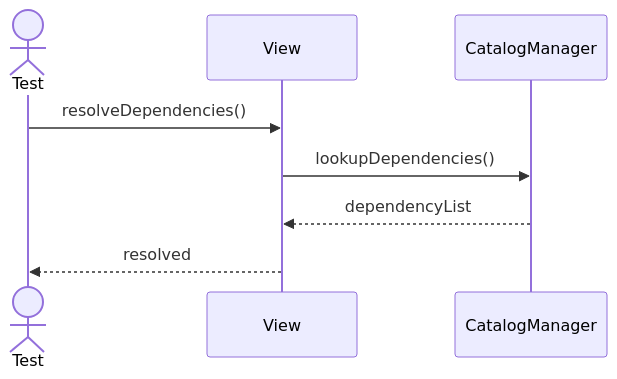
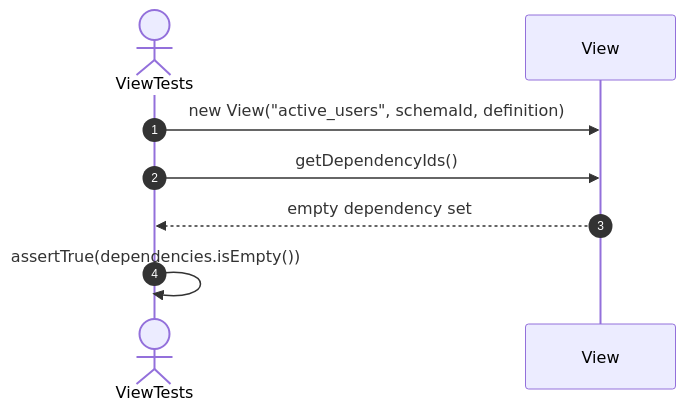
One commit to FhuAnn/-bbv-AN-s-DBMS changed the third of 21 diagrams in src/tests/unit/metadata/sequences/view-testing.se.md. Above: the diagram before and after it, drawn with Mermaid. The commit also changed other lines of this file and 60 other files, not shown here.

````diff
--- a/src/tests/unit/metadata/sequences/view-testing.se.md
+++ b/src/tests/unit/metadata/sequences/view-testing.se.md
@@ -39,11 +46,12 @@
 ```mermaid
 sequenceDiagram
-actor Test
-participant View
-participant CatalogManager
+    autonumber
+    actor Test as ViewTests
+    participant View as View
 
-Test->>View: resolveDependencies()
-View->>CatalogManager: lookupDependencies()
-CatalogManager-->>View: dependencyList
-View-->>Test: resolved
+    Test->>View: new View("active_users", schemaId, definition)
+    Test->>View: getDependencyIds()
+    View-->>Test: empty dependency set
+
+    Test->>Test: assertTrue(dependencies.isEmpty())
 ```
````
